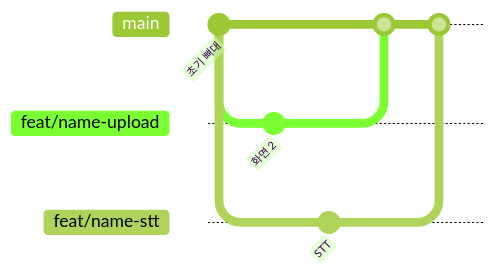
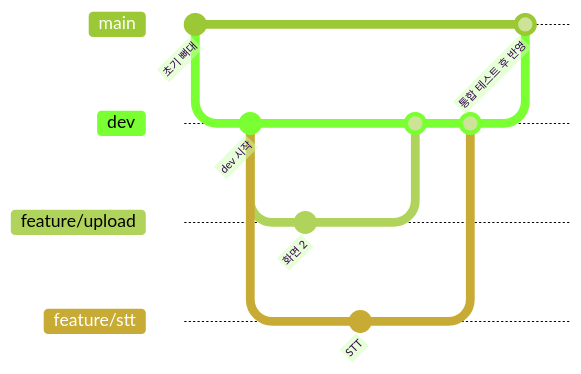
Before and after one commit to skkuls-ai/interview_simulation_agent: the first of 2 diagrams in docs/07-dev-rules.md, drawn with Mermaid (forest theme). The commit also changed other lines of this file and 6 other files, not shown here.

First line of the commit message:
docs: 담당자 배정과 main/dev/feature 브랜치 규칙을 팀 문서에 반영

````diff
--- a/docs/07-dev-rules.md
+++ b/docs/07-dev-rules.md
@@ -17,12 +21,16 @@
 ```mermaid
 gitGraph
     commit id: "초기 뼈대"
-    branch "feat/name-upload"
+    branch dev
+    commit id: "dev 시작"
+    branch "feature/upload"
     commit id: "화면 2"
+    checkout dev
+    branch "feature/stt"
+    commit id: "STT"
+    checkout dev
+    merge "feature/upload"
+    merge "feature/stt"
     checkout main
-    branch "feat/name-stt"
-    commit id: "STT"
-    checkout main
-    merge "feat/name-upload"
-    merge "feat/name-stt"
+    merge dev id: "통합 테스트 후 반영"
 ```
````
